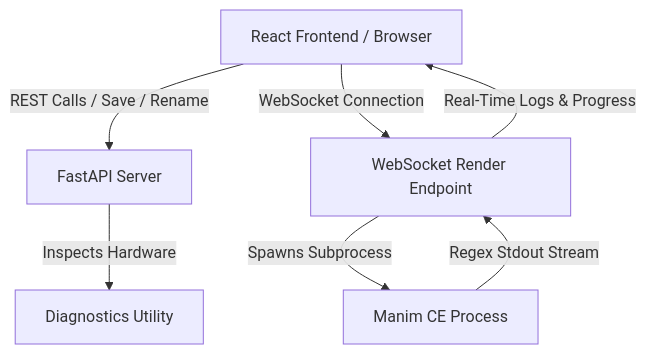
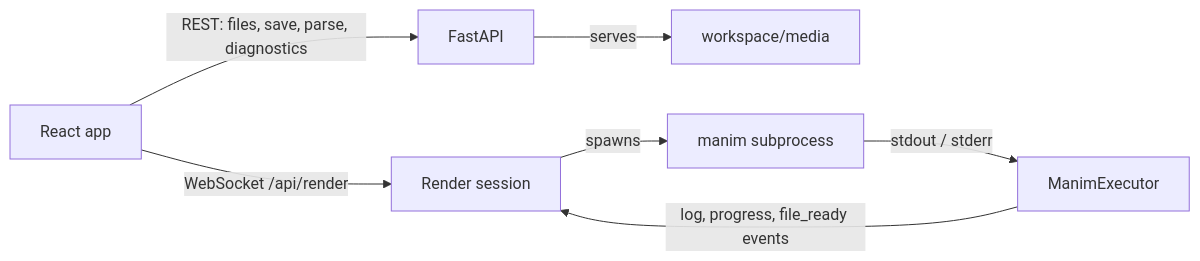
Before and after one commit to birol-dev/Manim-Fullstack: the diagram in PROJECT_REFERENCE.md, drawn with Mermaid. The commit also changed other lines of this file and 6 other files, not shown here.

````diff
--- a/PROJECT_REFERENCE.md
+++ b/PROJECT_REFERENCE.md
@@ -11,9 +8,9 @@
 ```mermaid
-graph TD
-    Client[React Frontend / Browser] -->|REST Calls / Save / Rename| API[FastAPI Server]
-    Client -->|WebSocket Connection| WS[WebSocket Render Endpoint]
-    WS -->|Spawns Subprocess| Sub[Manim CE Process]
-    Sub -->|Regex Stdout Stream| WS
-    WS -->|Real-Time Logs & Progress| Client
-    API -->|Inspects Hardware| Diag[Diagnostics Utility]
+graph LR
+    UI[React app] -- REST: files, save, parse, diagnostics --> API[FastAPI]
+    UI -- WebSocket /api/render --> WS[Render session]
+    WS -- spawns --> M[manim subprocess]
+    M -- stdout / stderr --> EX[ManimExecutor]
+    EX -- log, progress, file_ready events --> WS
+    API -- serves --> Media[workspace/media]
 ```
````
